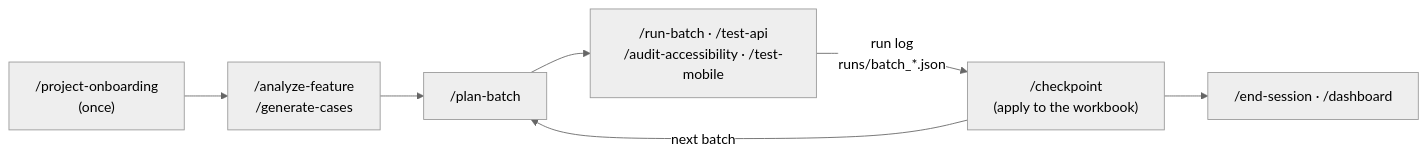
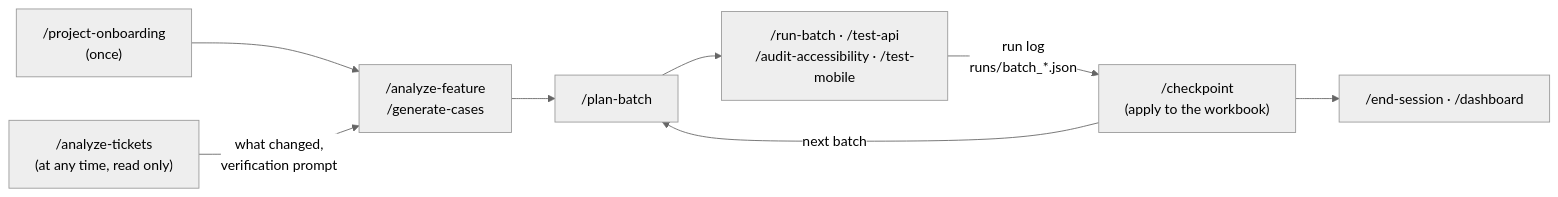
The diagram in README.md (pedroalmeida981/qa-assistant), drawn with Mermaid (neutral theme) before and after one commit. The commit also changed other lines of this file and 1 other file, not shown here.

Commit message:
docs: present /analyze-tickets in the README and the resume guide

````diff
--- a/README.md
+++ b/README.md
@@ -86,9 +86,10 @@
 ```mermaid
 flowchart LR
   O["/project-onboarding<br/>(once)"] --> A["/analyze-feature<br/>/generate-cases"]
+  T["/analyze-tickets<br/>(at any time, read only)"] -->|"what changed,<br/>verification prompt"| A
   A --> P["/plan-batch"]
   P --> E["/run-batch · /test-api<br/>/audit-accessibility · /test-mobile"]
   E -->|"run log<br/>runs/batch_*.json"| C["/checkpoint<br/>(apply to the workbook)"]
   C -->|next batch| P
   C --> F["/end-session · /dashboard"]
 ```
````
